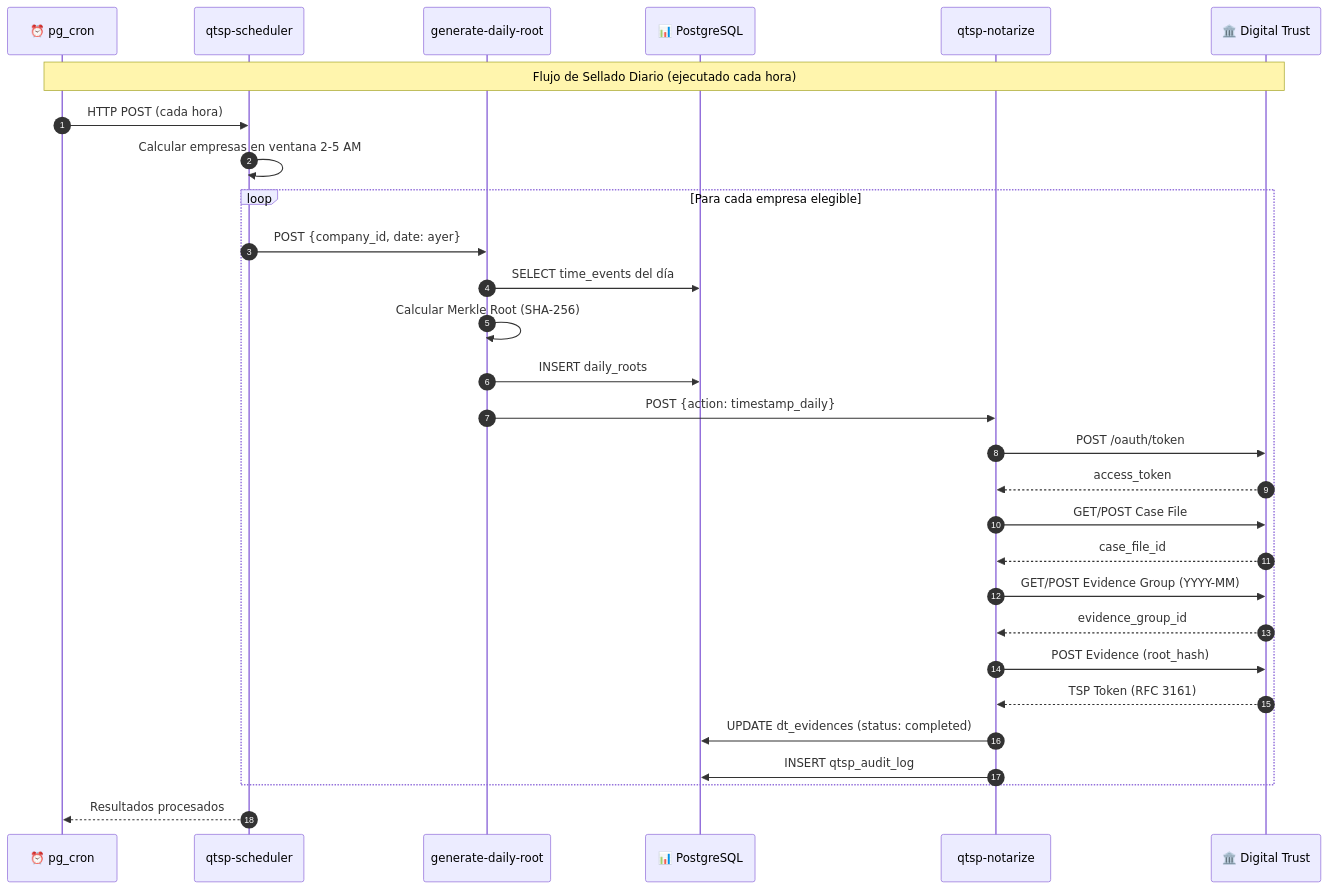
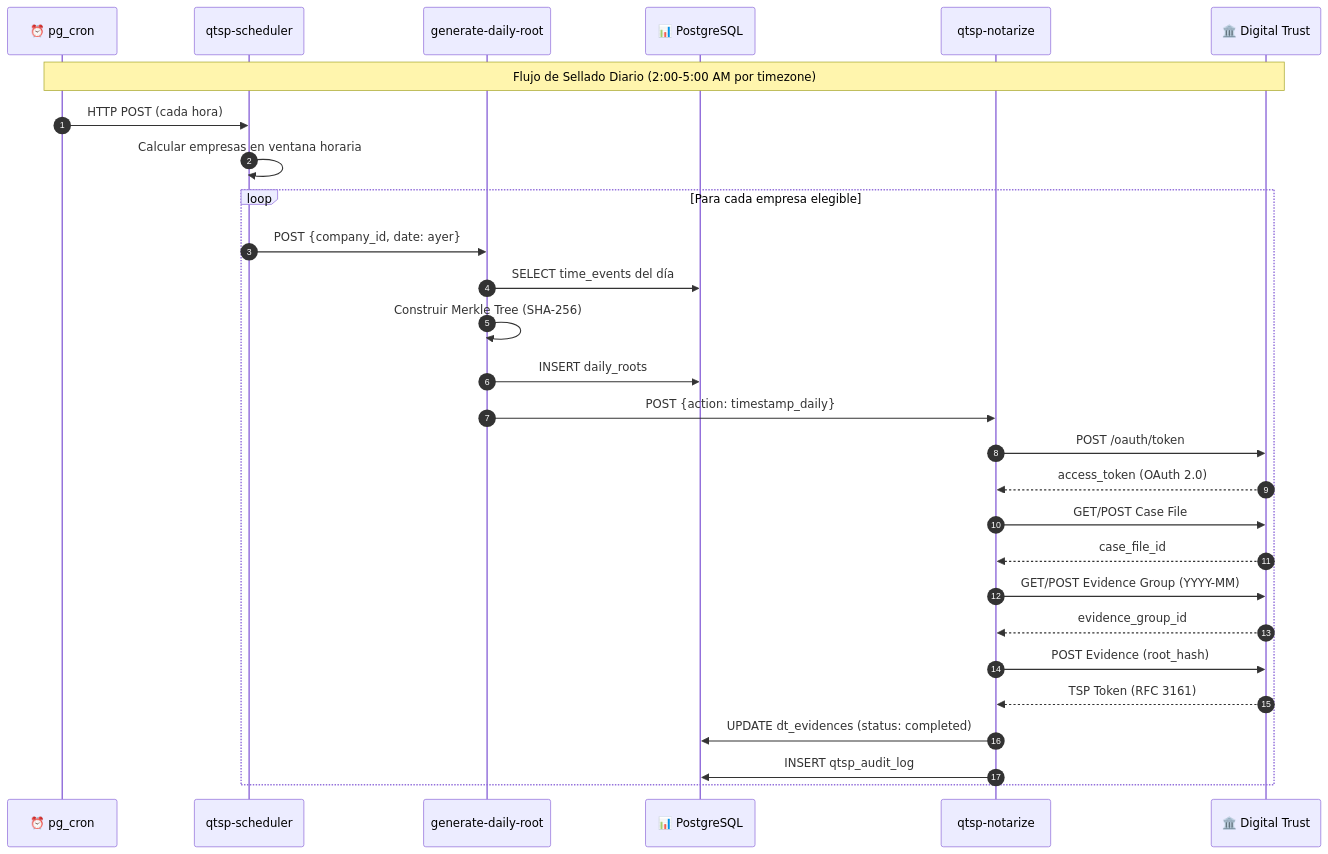
One commit to moimene/time-control-hub changed the tenth of 23 diagrams in README.md. Above: the diagram before and after it, drawn with Mermaid. The commit also changed other lines of this file, not shown here.

````diff
--- a/README.md
+++ b/README.md
@@ -527,40 +500,38 @@
 ```mermaid
 sequenceDiagram
     autonumber
     participant CRON as ⏰ pg_cron
     participant SCHED as qtsp-scheduler
     participant GEN as generate-daily-root
     participant DB as 📊 PostgreSQL
     participant NOTARIZE as qtsp-notarize
     participant DT as 🏛️ Digital Trust
 
-    Note over CRON,DT: Flujo de Sellado Diario (ejecutado cada hora)
+    Note over CRON,DT: Flujo de Sellado Diario (2:00-5:00 AM por timezone)
     
     CRON->>SCHED: HTTP POST (cada hora)
-    SCHED->>SCHED: Calcular empresas en ventana 2-5 AM
+    SCHED->>SCHED: Calcular empresas en ventana horaria
     
     loop Para cada empresa elegible
         SCHED->>GEN: POST {company_id, date: ayer}
         GEN->>DB: SELECT time_events del día
-        GEN->>GEN: Calcular Merkle Root (SHA-256)
+        GEN->>GEN: Construir Merkle Tree (SHA-256)
         GEN->>DB: INSERT daily_roots
         GEN->>NOTARIZE: POST {action: timestamp_daily}
         
         NOTARIZE->>DT: POST /oauth/token
-        DT-->>NOTARIZE: access_token
+        DT-->>NOTARIZE: access_token (OAuth 2.0)
         
         NOTARIZE->>DT: GET/POST Case File
         DT-->>NOTARIZE: case_file_id
         
         NOTARIZE->>DT: GET/POST Evidence Group (YYYY-MM)
         DT-->>NOTARIZE: evidence_group_id
         
         NOTARIZE->>DT: POST Evidence (root_hash)
         DT-->>NOTARIZE: TSP Token (RFC 3161)
         
         NOTARIZE->>DB: UPDATE dt_evidences (status: completed)
         NOTARIZE->>DB: INSERT qtsp_audit_log
     end
-    
-    SCHED-->>CRON: Resultados procesados
 ```
````
